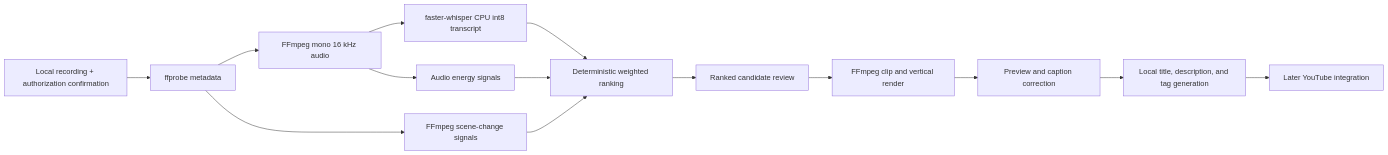
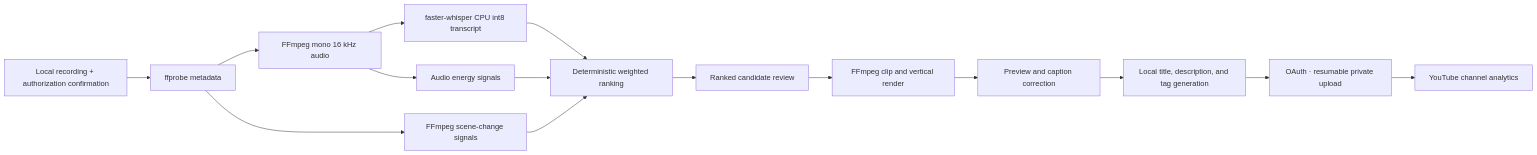
One commit to kavinash0310/clipforge-ai changed the second of 2 diagrams in ARCHITECTURE.md. Above: the diagram before and after it, drawn with Mermaid. The commit also changed other lines of this file and 22 other files, not shown here.

Commit message:
Add private YouTube publishing integration

````diff
--- a/ARCHITECTURE.md
+++ b/ARCHITECTURE.md
@@ -27,16 +27,17 @@
 ```mermaid
 flowchart LR
     Import[Local recording + authorization confirmation] --> Probe[ffprobe metadata]
     Probe --> Extract[FFmpeg mono 16 kHz audio]
     Extract --> ASR[faster-whisper CPU int8 transcript]
     Extract --> Signals[Audio energy signals]
     Probe --> Scenes[FFmpeg scene-change signals]
     ASR --> Score[Deterministic weighted ranking]
     Signals --> Score
     Scenes --> Score
     Score --> Review[Ranked candidate review]
     Review --> Render[FFmpeg clip and vertical render]
     Render --> Preview[Preview and caption correction]
     Preview --> Metadata[Local title, description, and tag generation]
-    Metadata --> YouTube[Later YouTube integration]
+    Metadata --> YouTube[OAuth · resumable private upload]
+    YouTube --> Analytics[YouTube channel analytics]
 ```
````
